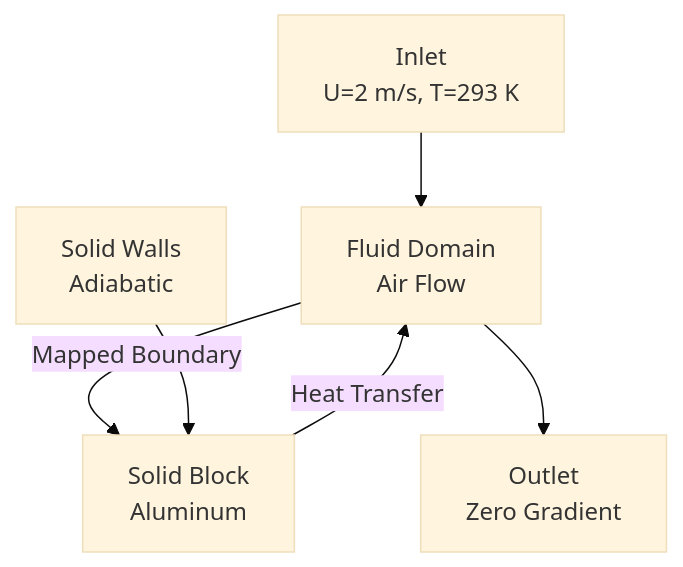
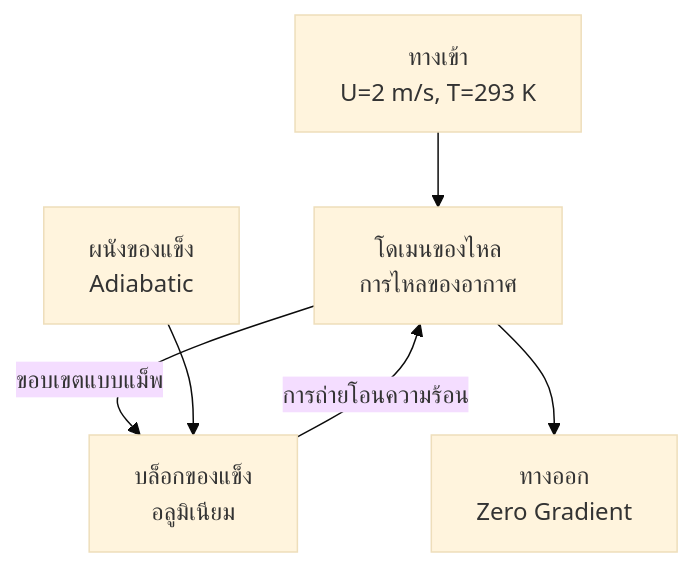
Before and after one commit to wramet/build-my-cfd: the first of 3 diagrams in MODULE_06_ADVANCED_PHYSICS/CONTENT/02_COUPLED_PHYSICS/06_Exercises.md, drawn with Mermaid (base theme). The commit also changed other lines of this file and 104 other files, not shown here.

````diff
--- a/MODULE_06_ADVANCED_PHYSICS/CONTENT/02_COUPLED_PHYSICS/06_Exercises.md
+++ b/MODULE_06_ADVANCED_PHYSICS/CONTENT/02_COUPLED_PHYSICS/06_Exercises.md
@@ -31,8 +31,8 @@
 ```mermaid
 flowchart TD
-    A[Fluid Domain<br/>Air Flow] -->|Mapped Boundary| B[Solid Block<br/>Aluminum]
-    B -->|Heat Transfer| A
-    C[Inlet<br/>U=2 m/s, T=293 K] --> A
-    A --> D[Outlet<br/>Zero Gradient]
-    E[Solid Walls<br/>Adiabatic] --> B
+    A[โดเมนของไหล<br/>การไหลของอากาศ] -->|ขอบเขตแบบแม็พ| B[บล็อกของแข็ง<br/>อลูมิเนียม]
+    B -->|การถ่ายโอนความร้อน| A
+    C[ทางเข้า<br/>U=2 m/s, T=293 K] --> A
+    A --> D[ทางออก<br/>Zero Gradient]
+    E[ผนังของแข็ง<br/>Adiabatic] --> B
 ```
````
